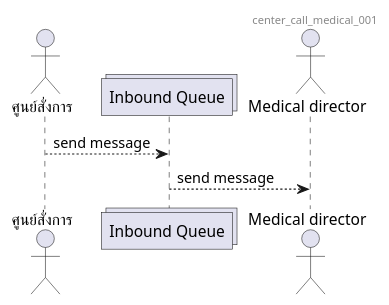
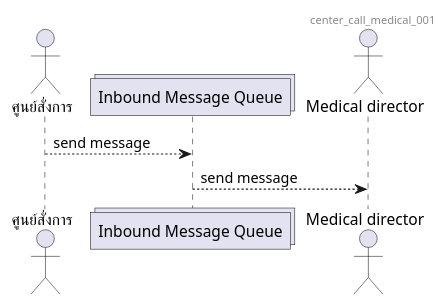
Before and after one commit to lionants02/mis-api-doc: the second of 2 diagrams in uml/center_call_medical.plantuml, drawn with PlantUML. The commit also changed 18 other files, not shown here.

```diff
--- a/uml/center_call_medical.plantuml
+++ b/uml/center_call_medical.plantuml
@@ -8,8 +8,8 @@
 @startuml
 Header center_call_medical_001
   actor "ศูนย์สั่งการ" as OIS
-  collections "Inbound Queue" as inbound
+  collections "Inbound Message Queue" as inbound
   OIS --> inbound : send message
   actor "Medical director" as Medical
   inbound --> Medical : send message
 @enduml
```
